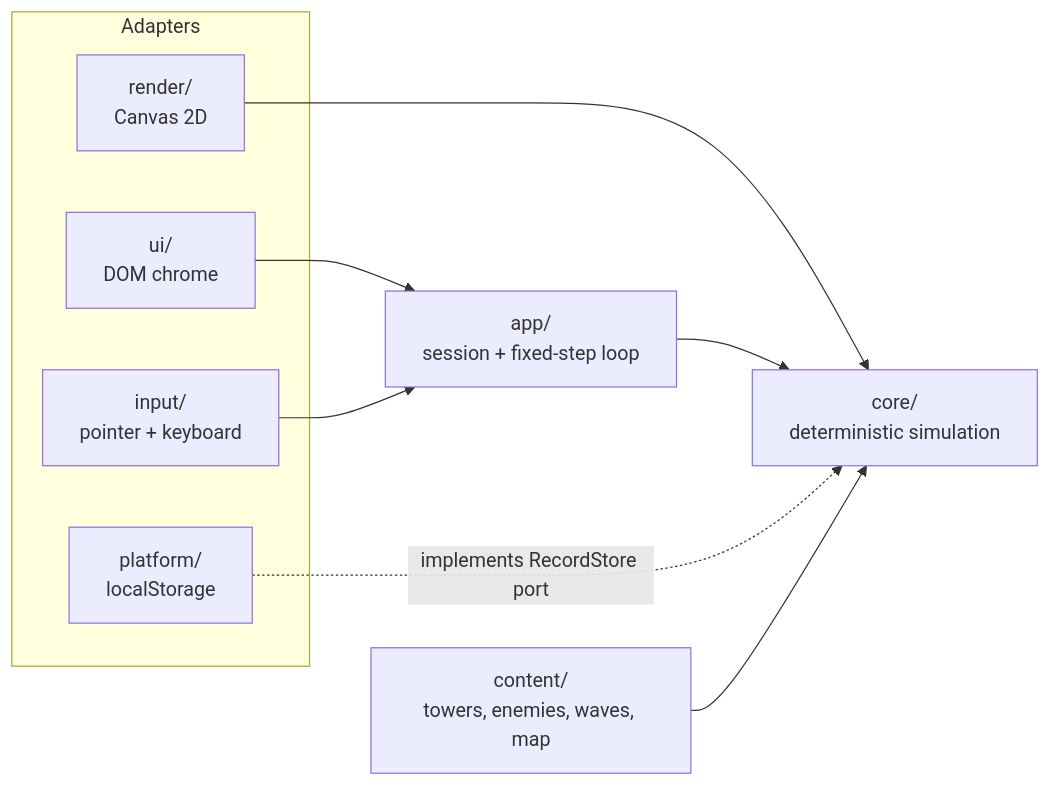
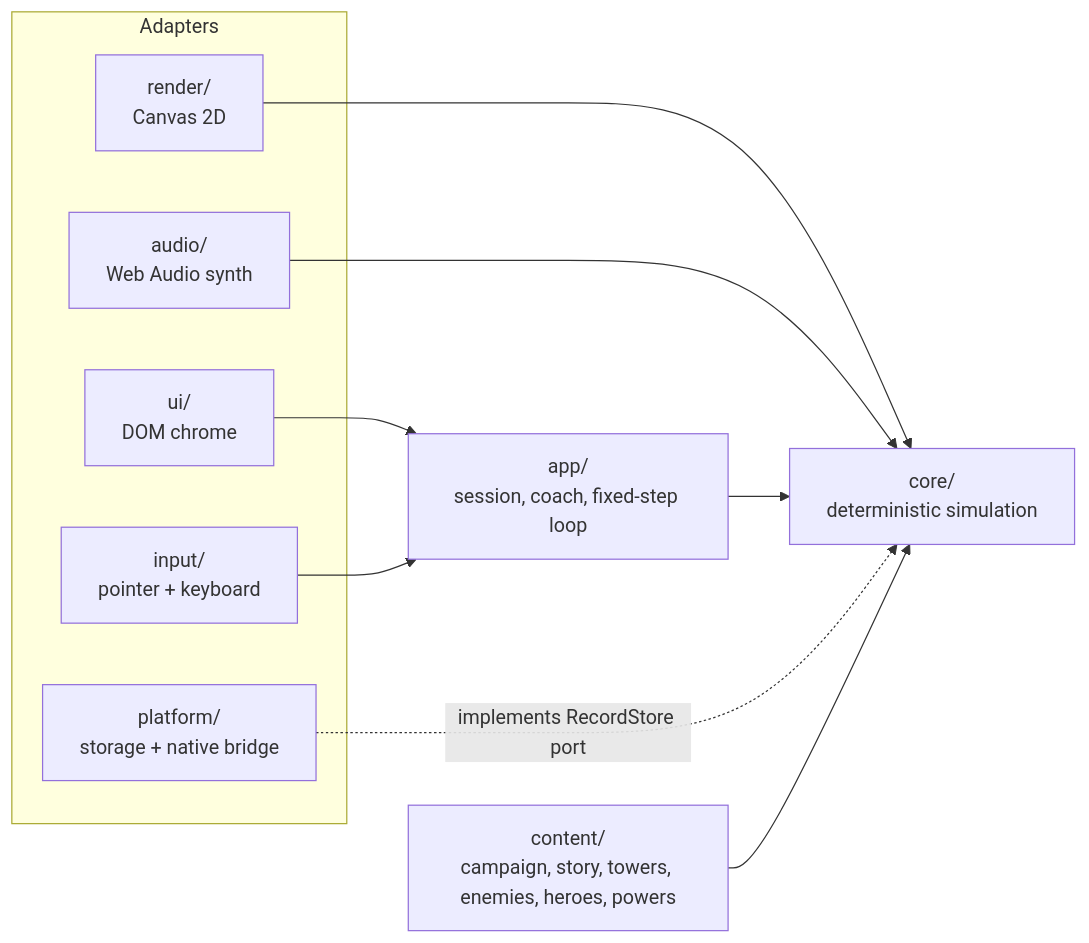
The diagram in README.md (celilcecen/towerdefence), drawn with Mermaid before and after one commit. The commit also changed other lines of this file and 6 other files, not shown here.

````diff
--- a/README.md
+++ b/README.md
@@ -48,19 +53,21 @@
 ```mermaid
 flowchart LR
   subgraph Adapters
     UI["ui/<br/>DOM chrome"]
     Input["input/<br/>pointer + keyboard"]
     Render["render/<br/>Canvas 2D"]
-    Platform["platform/<br/>localStorage"]
+    Audio["audio/<br/>Web Audio synth"]
+    Platform["platform/<br/>storage + native bridge"]
   end
-  App["app/<br/>session + fixed-step loop"]
+  App["app/<br/>session, coach, fixed-step loop"]
   Core["core/<br/>deterministic simulation"]
-  Content["content/<br/>towers, enemies, waves, map"]
+  Content["content/<br/>campaign, story, towers, enemies, heroes, powers"]
 
   UI --> App
   Input --> App
   Render --> Core
+  Audio --> Core
   App --> Core
   Platform -. implements RecordStore port .-> Core
   Content --> Core
 ```
````
